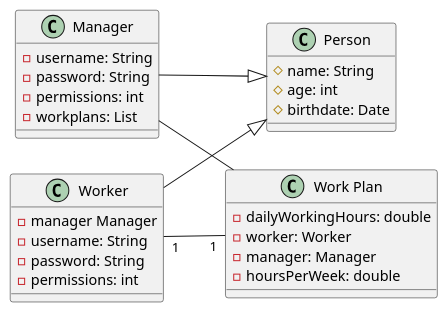
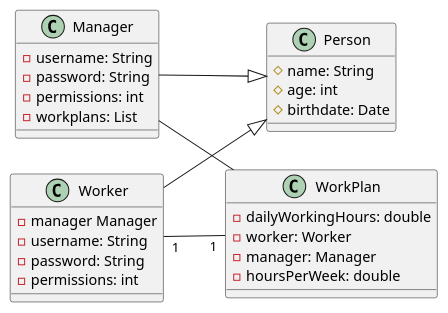
One commit to 1920-3ahif-syp/03-main-projects-with-admin-workmanager2 changed the first of 2 diagrams in asciidocs/index.adoc. Above: the diagram before and after it, drawn with PlantUML. The commit also changed other lines of this file and 15 other files, not shown here.

```diff
--- a/asciidocs/index.adoc
+++ b/asciidocs/index.adoc
@@ -42,36 +42,36 @@
 [plantuml,klassendia,png]
 ----
 @startuml
 left to right direction
 class Manager {
   -username: String
   -password: String
   -permissions: int
   -workplans: List
 }
 class Worker {
   -manager Manager
   -username: String
   -password: String
   -permissions: int
 }
 class Person {
     #name: String
     #age: int
     #birthdate: Date
 }
-class "Work Plan" {
+class WorkPlan {
   -dailyWorkingHours: double
   -worker: Worker
   -manager: Manager
   -hoursPerWeek: double
 }  
 
 
 Worker --|> Person
 Manager --|> Person
-Worker "1" -- "1" "Work Plan"
-Manager -- "Work Plan"
+Worker "1" -- "1" WorkPlan
+Manager -- WorkPlan
 
 @enduml
 ----
```
